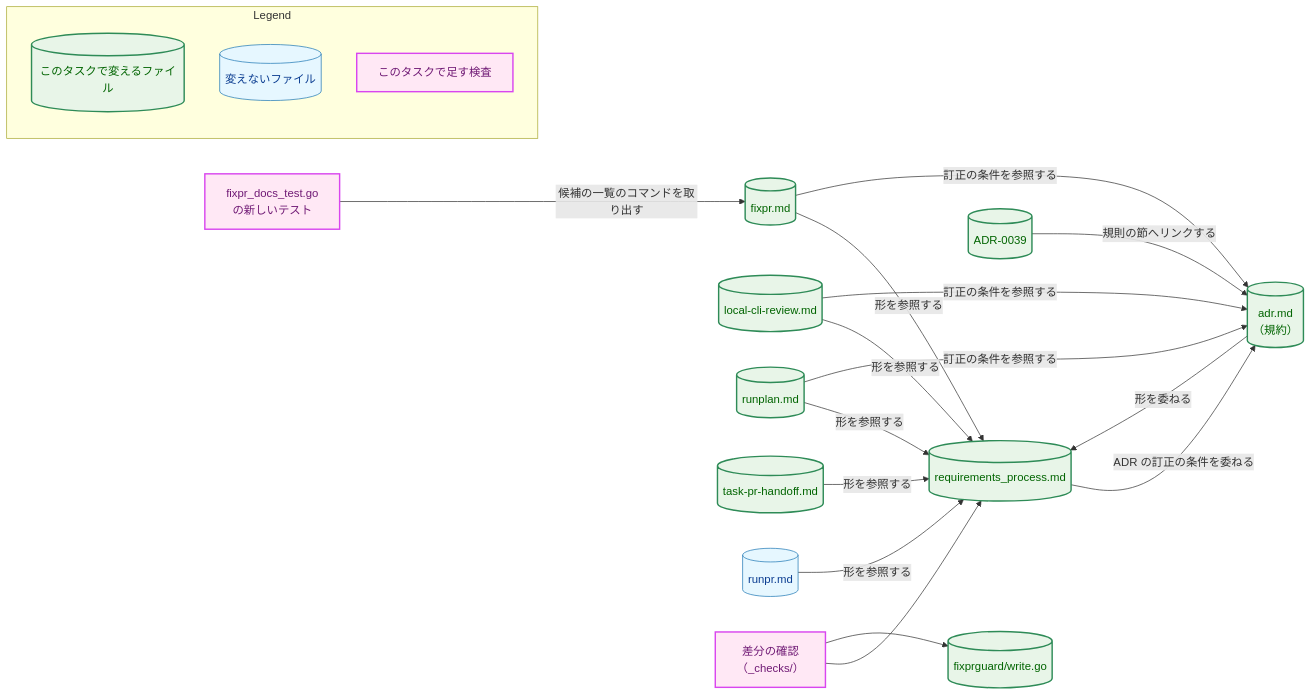
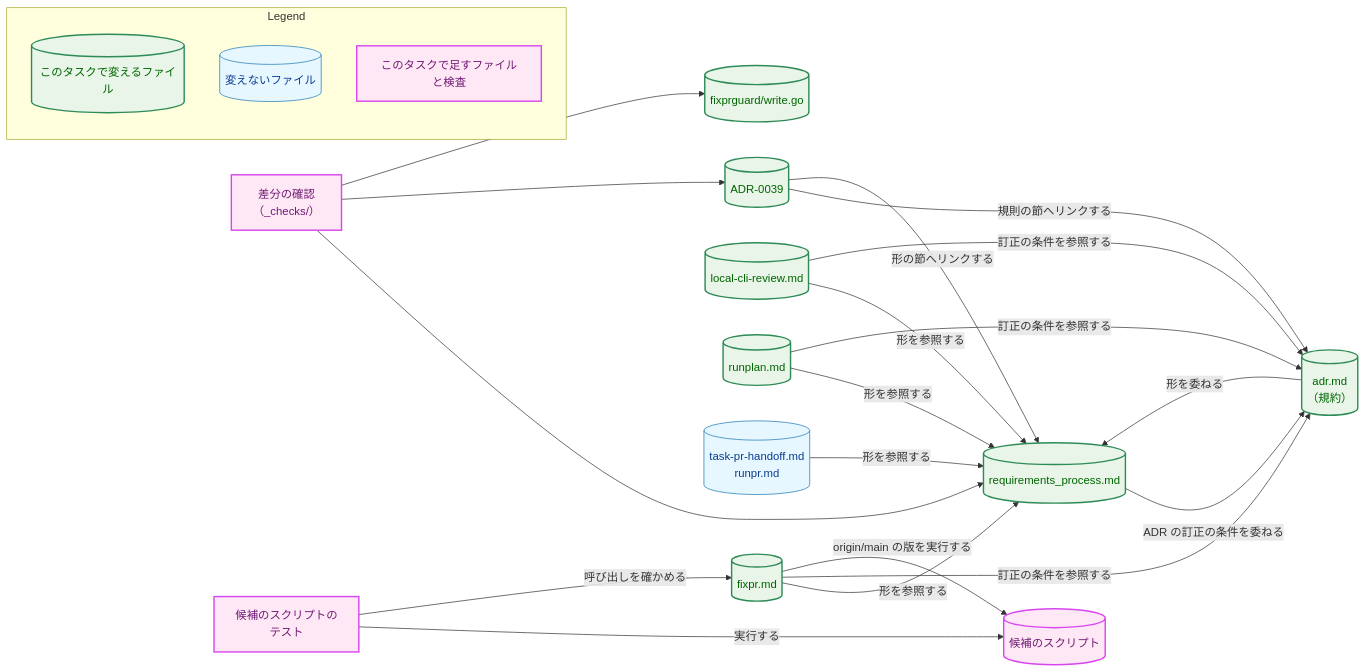
The second of 5 diagrams in docs/tasks/0074_adr_editorial_correction/02_architecture.md (isseis/yt2column), drawn with Mermaid before and after one commit. The commit also changed other lines of this file, not shown here.

First line of the commit message:
docs(0074): address the architecture review findings

````diff
--- a/docs/tasks/0074_adr_editorial_correction/02_architecture.md
+++ b/docs/tasks/0074_adr_editorial_correction/02_architecture.md
@@ -135,47 +150,50 @@
 ```mermaid
 flowchart LR
     classDef data fill:#e6f7ff,stroke:#1f77b4,stroke-width:1px,color:#0b3d91;
     classDef process fill:#fff1e6,stroke:#ff7f0e,stroke-width:1px,color:#8a3e00;
     classDef enhanced fill:#e8f5e8,stroke:#2e8b57,stroke-width:2px,color:#006400;
     classDef newpkg fill:#ffe8f5,stroke:#d946ef,stroke-width:2px,color:#701a75;
 
     REQ[("requirements_process.md")]
     CONV[("adr.md<br>（規約）")]
     A39[("ADR-0039")]
     FIX[("fixpr.md")]
     LCR[("local-cli-review.md")]
     RPL[("runplan.md")]
-    HO[("task-pr-handoff.md")]
-    RUNPR[("runpr.md")]
+    HO[("task-pr-handoff.md<br>runpr.md")]
     WGO[("fixprguard/write.go")]
-    TEST["fixpr_docs_test.go<br>の新しいテスト"]
+    SCR[("候補のスクリプト")]
+    TEST["候補のスクリプトの<br>テスト"]
     CHK["差分の確認<br>（_checks/）"]
 
     CONV -->|"形を委ねる"| REQ
     REQ -->|"ADR の訂正の条件を委ねる"| CONV
     FIX -->|"形を参照する"| REQ
     LCR -->|"形を参照する"| REQ
     RPL -->|"形を参照する"| REQ
     HO -->|"形を参照する"| REQ
-    RUNPR -->|"形を参照する"| REQ
     FIX -->|"訂正の条件を参照する"| CONV
     LCR -->|"訂正の条件を参照する"| CONV
     RPL -->|"訂正の条件を参照する"| CONV
+    FIX -->|"origin/main の版を実行する"| SCR
     A39 -->|"規則の節へリンクする"| CONV
-    TEST -->|"候補の一覧のコマンドを取り出す"| FIX
+    A39 -->|"形の節へリンクする"| REQ
+    TEST -->|"実行する"| SCR
+    TEST -->|"呼び出しを確かめる"| FIX
     CHK --> REQ
+    CHK --> A39
     CHK --> WGO
 
-    class REQ,CONV,A39,FIX,LCR,RPL,HO,WGO enhanced
-    class RUNPR data
-    class TEST,CHK newpkg
+    class REQ,CONV,A39,FIX,LCR,RPL,WGO enhanced
+    class HO data
+    class SCR,TEST,CHK newpkg
 
     subgraph Legend["Legend"]
         L1[("このタスクで変えるファイル")]
         L2[("変えないファイル")]
-        L3["このタスクで足す検査"]
+        L3["このタスクで足すファイルと検査"]
     end
     class L1 enhanced
     class L2 data
     class L3 newpkg
 ```
````
